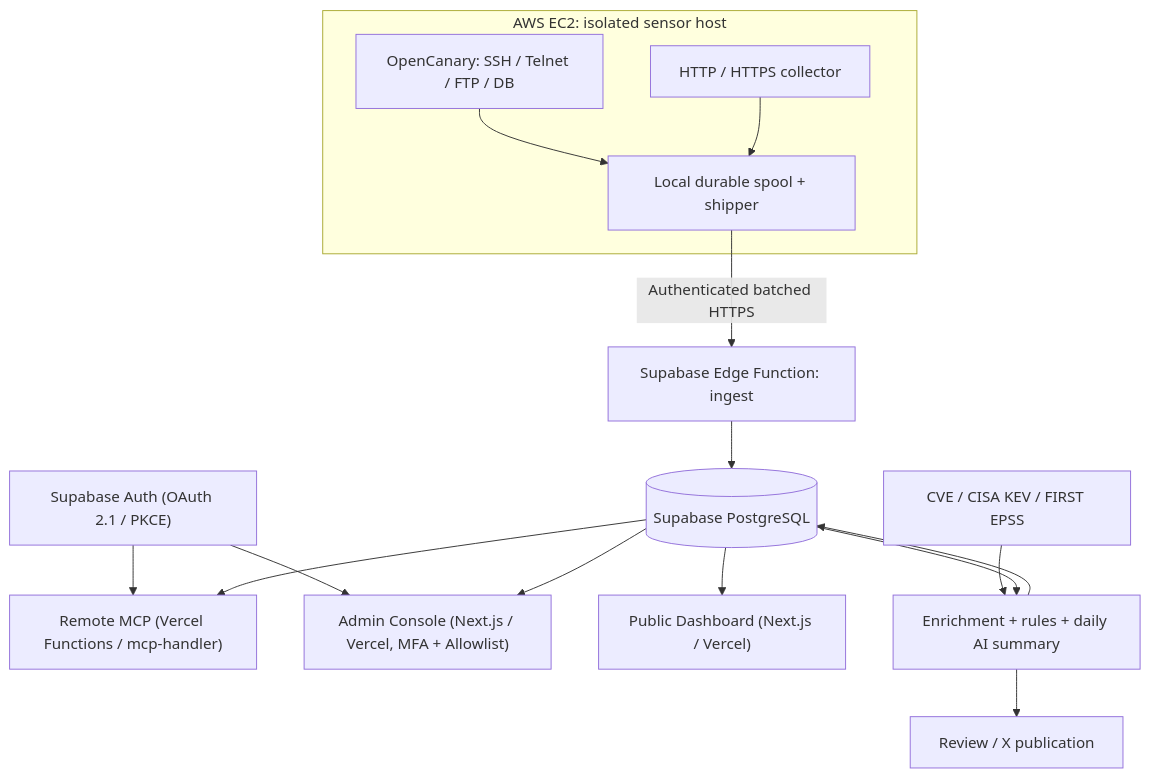
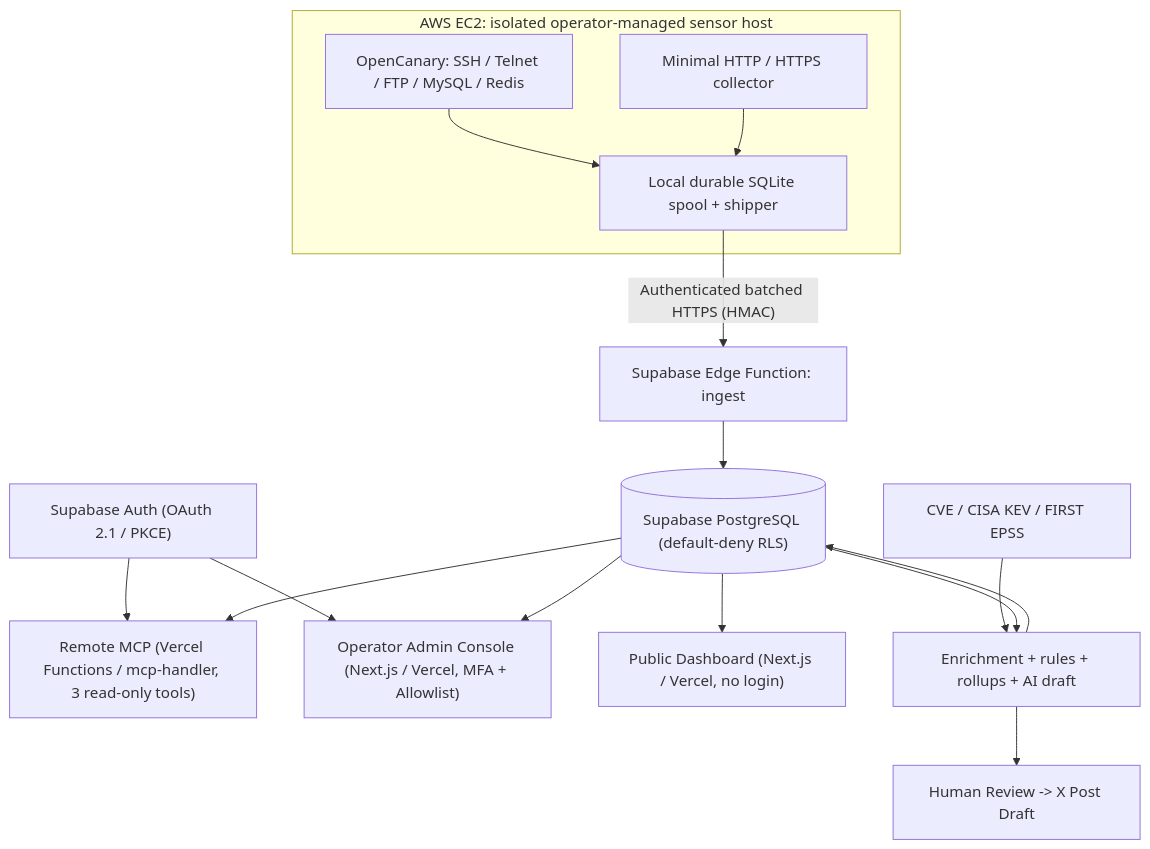
Before and after one commit to micci184/Attackarium: the diagram in README.md, drawn with Mermaid. The commit also changed other lines of this file and 6 other files, not shown here.

````diff
--- a/README.md
+++ b/README.md
@@ -22,18 +39,18 @@
 ```mermaid
 flowchart TD
-  subgraph sensor["AWS EC2: isolated sensor host"]
-    oc["OpenCanary: SSH / Telnet / FTP / DB"] --> ship["Local durable spool + shipper"]
-    http["HTTP / HTTPS collector"] --> ship
+  subgraph sensor["AWS EC2: isolated operator-managed sensor host"]
+    oc["OpenCanary: SSH / Telnet / FTP / MySQL / Redis"] --> ship["Local durable SQLite spool + shipper"]
+    http["Minimal HTTP / HTTPS collector"] --> ship
   end
-  ship -->|"Authenticated batched HTTPS"| ingest["Supabase Edge Function: ingest"]
-  ingest --> pg[("Supabase PostgreSQL")]
-  auth["Supabase Auth (OAuth 2.1 / PKCE)"] --> mcp["Remote MCP (Vercel Functions / mcp-handler)"]
-  auth --> admin["Admin Console (Next.js / Vercel, MFA + Allowlist)"]
-  pg --> web["Public Dashboard (Next.js / Vercel)"]
+  ship -->|"Authenticated batched HTTPS (HMAC)"| ingest["Supabase Edge Function: ingest"]
+  ingest --> pg[("Supabase PostgreSQL (default-deny RLS)")]
+  auth["Supabase Auth (OAuth 2.1 / PKCE)"] --> mcp["Remote MCP (Vercel Functions / mcp-handler, 3 read-only tools)"]
+  auth --> admin["Operator Admin Console (Next.js / Vercel, MFA + Allowlist)"]
+  pg --> web["Public Dashboard (Next.js / Vercel, no login)"]
   pg --> mcp
   pg --> admin
-  feeds["CVE / CISA KEV / FIRST EPSS"] --> jobs["Enrichment + rules + daily AI summary"]
+  feeds["CVE / CISA KEV / FIRST EPSS"] --> jobs["Enrichment + rules + rollups + AI draft"]
   pg --> jobs
   jobs --> pg
-  jobs --> report["Review / X publication"]
+  jobs --> report["Human Review -> X Post Draft"]
 ```
````
